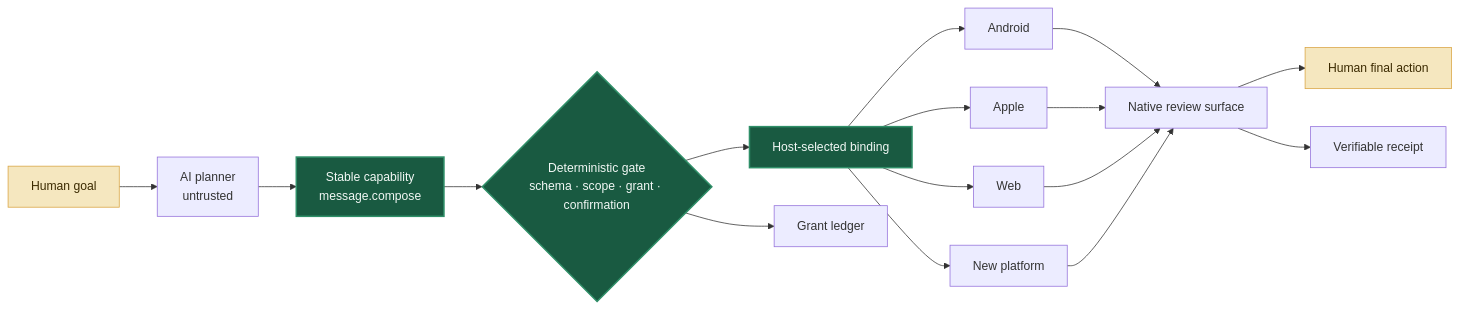
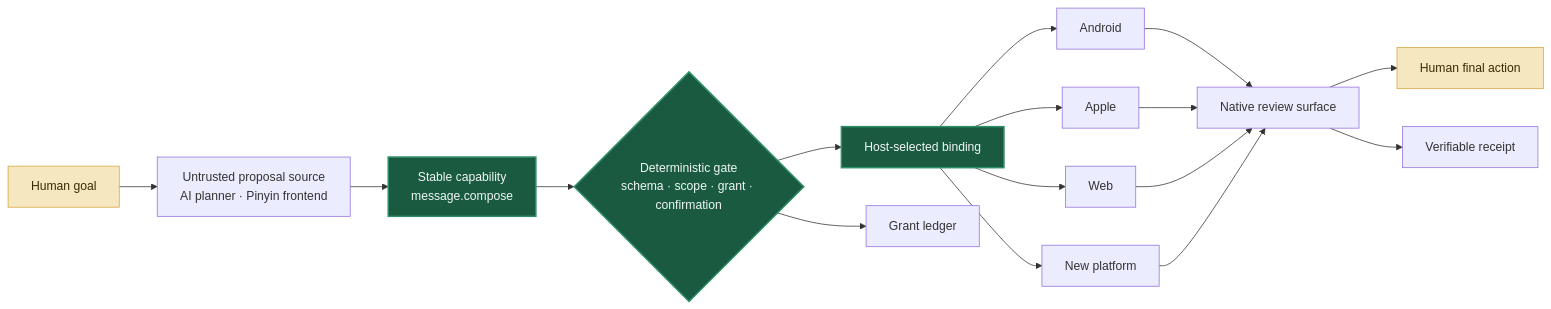
The diagram in README.md (yifangjinxing-hash/jidan), drawn with Mermaid before and after one commit. The commit also changed other lines of this file and 16 other files, not shown here.

Commit message:
Add compile-only Pinyin frontend

````diff
--- a/README.md
+++ b/README.md
@@ -81,23 +92,23 @@
 ```mermaid
 flowchart LR
-    H["Human goal"] --> P["AI planner<br/>untrusted"]
+    H["Human goal"] --> P["Untrusted proposal source<br/>AI planner · Pinyin frontend"]
     P --> C["Stable capability<br/>message.compose"]
     C --> G{"Deterministic gate<br/>schema · scope · grant · confirmation"}
     G --> R["Host-selected binding"]
     R --> A["Android"]
     R --> I["Apple"]
     R --> W["Web"]
     R --> N["New platform"]
     A --> U["Native review surface"]
     I --> U
     W --> U
     N --> U
     U --> X["Human final action"]
     G --> L["Grant ledger"]
     U --> Q["Verifiable receipt"]
 
     classDef core fill:#195A41,color:#F2F8F5,stroke:#2F8F68,stroke-width:2px;
     classDef human fill:#F5E7BF,color:#3B2A00,stroke:#D9A441;
     class C,G,R core;
     class H,X human;
 ```
````
